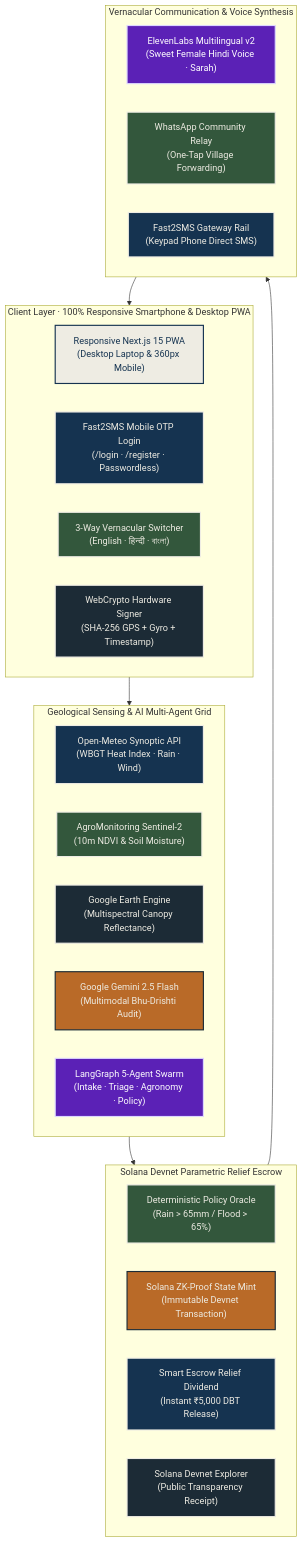
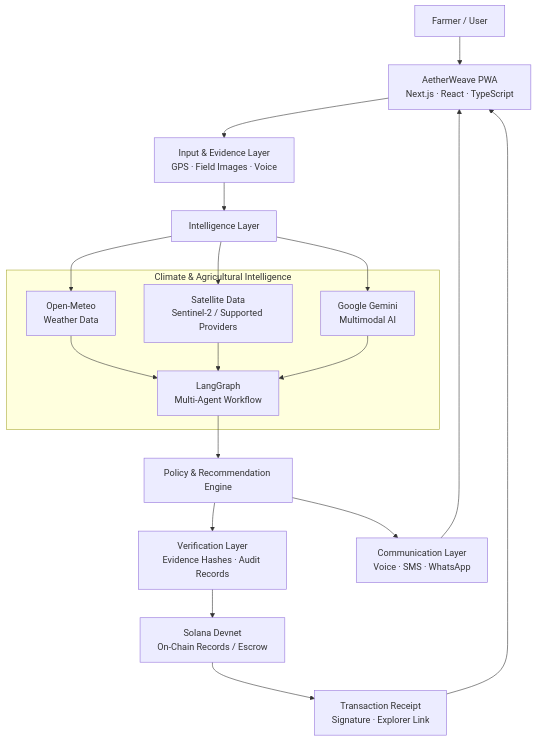
The first of 3 diagrams in README.md (Ayushnot41/AetherWave), drawn with Mermaid before and after one commit. The commit also changed other lines of this file, not shown here.

````diff
--- a/README.md
+++ b/README.md
@@ -49,42 +162,35 @@
 ```mermaid
 flowchart TD
-    classDef auth fill:#153350,stroke:#EEECE3,stroke-width:2px,color:#EEECE3
-    classDef ochre fill:#B96A28,stroke:#1C2B36,stroke-width:2px,color:#EEECE3
-    classDef forest fill:#33573C,stroke:#EEECE3,stroke-width:2px,color:#EEECE3
-    classDef ink fill:#1C2B36,stroke:#EEECE3,stroke-width:2px,color:#EEECE3
-    classDef light fill:#EEECE3,stroke:#153350,stroke-width:2px,color:#153350
-    classDef violet fill:#5B21B6,stroke:#DDD6FE,stroke-width:2px,color:#FFFFFF
+    A["Farmer / User"] --> B["AetherWeave PWA<br/>Next.js · React · TypeScript"]
 
-    subgraph Client ["Client Layer · 100% Responsive Smartphone & Desktop PWA"]
-        PWA["Responsive Next.js 15 PWA<br/>(Desktop Laptop & 360px Mobile)"]:::light
-        AuthMobile["Fast2SMS Mobile OTP Login<br/>(/login · /register · Passwordless)"]:::auth
-        Lang["3-Way Vernacular Switcher<br/>(English · हिन्दी · বাংলা)"]:::forest
-        Attest["WebCrypto Hardware Signer<br/>(SHA-256 GPS + Gyro + Timestamp)"]:::ink
+    B --> C["Input & Evidence Layer<br/>GPS · Field Images · Voice"]
+
+    C --> D["Intelligence Layer"]
+
+    subgraph Intelligence["Climate & Agricultural Intelligence"]
+        E["Open-Meteo<br/>Weather Data"]
+        F["Satellite Data<br/>Sentinel-2 / Supported Providers"]
+        G["Google Gemini<br/>Multimodal AI"]
+        H["LangGraph<br/>Multi-Agent Workflow"]
     end
 
-    subgraph Intelligence ["Geological Sensing & AI Multi-Agent Grid"]
-        OpenMeteo["Open-Meteo Synoptic API<br/>(WBGT Heat Index · Rain · Wind)"]:::auth
-        Agro["AgroMonitoring Sentinel-2<br/>(10m NDVI & Soil Moisture)"]:::forest
-        GEE["Google Earth Engine<br/>(Multispectral Canopy Reflectance)"]:::ink
-        Gemini["Google Gemini 2.5 Flash<br/>(Multimodal Bhu-Drishti Audit)"]:::ochre
-        LangGraph["LangGraph 5-Agent Swarm<br/>(Intake · Triage · Agronomy · Policy)"]:::violet
-    end
+    D --> E
+    D --> F
+    D --> G
+    E --> H
+    F --> H
+    G --> H
 
-    subgraph Blockchain ["Solana Devnet Parametric Relief Escrow"]
-        Oracle["Deterministic Policy Oracle<br/>(Rain > 65mm / Flood > 65%)"]:::forest
-        SolanaMint["Solana ZK-Proof State Mint<br/>(Immutable Devnet Transaction)"]:::ochre
-        Escrow["Smart Escrow Relief Dividend<br/>(Instant ₹5,000 DBT Release)"]:::auth
-        Explorer["Solana Devnet Explorer<br/>(Public Transparency Receipt)"]:::ink
-    end
+    H --> I["Policy & Recommendation Engine"]
 
-    subgraph Delivery ["Vernacular Communication & Voice Synthesis"]
-        ElevenLabs["ElevenLabs Multilingual v2<br/>(Sweet Female Hindi Voice · Sarah)"]:::violet
-        WhatsApp["WhatsApp Community Relay<br/>(One-Tap Village Forwarding)"]:::forest
-        SMS["Fast2SMS Gateway Rail<br/>(Keypad Phone Direct SMS)"]:::auth
-    end
+    I --> J["Verification Layer<br/>Evidence Hashes · Audit Records"]
 
-    Client --> Intelligence
-    Intelligence --> Blockchain
-    Blockchain --> Delivery
-    Delivery --> Client
+    J --> K["Solana Devnet<br/>On-Chain Records / Escrow"]
+
+    K --> L["Transaction Receipt<br/>Signature · Explorer Link"]
+
+    I --> M["Communication Layer<br/>Voice · SMS · WhatsApp"]
+
+    L --> B
+    M --> B
 ```
````
